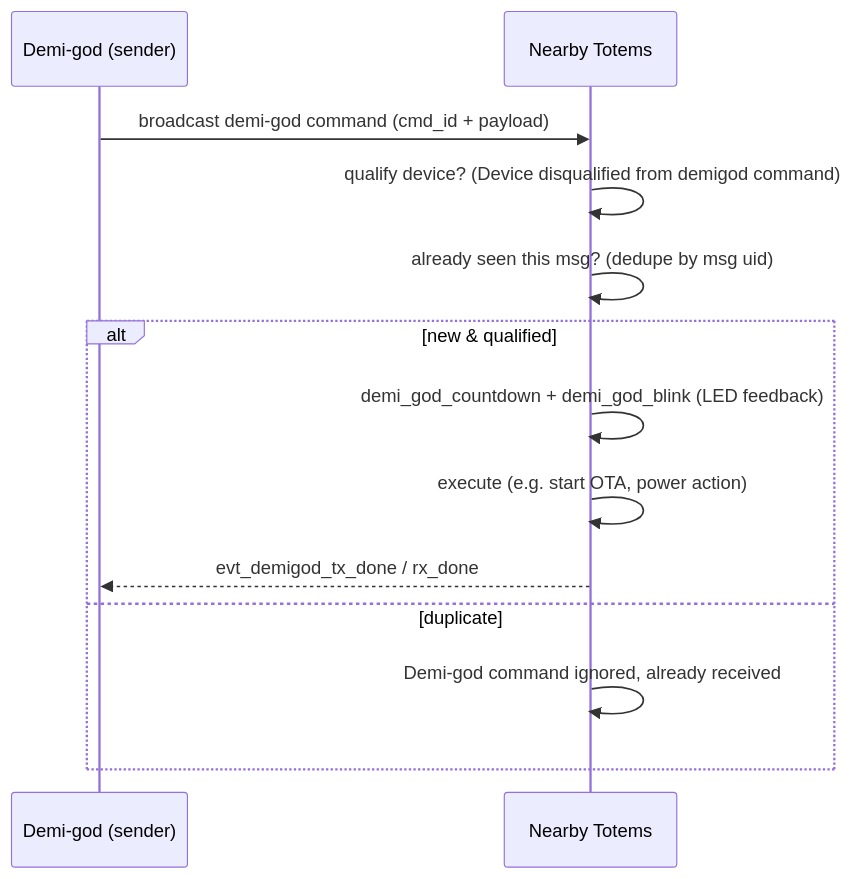
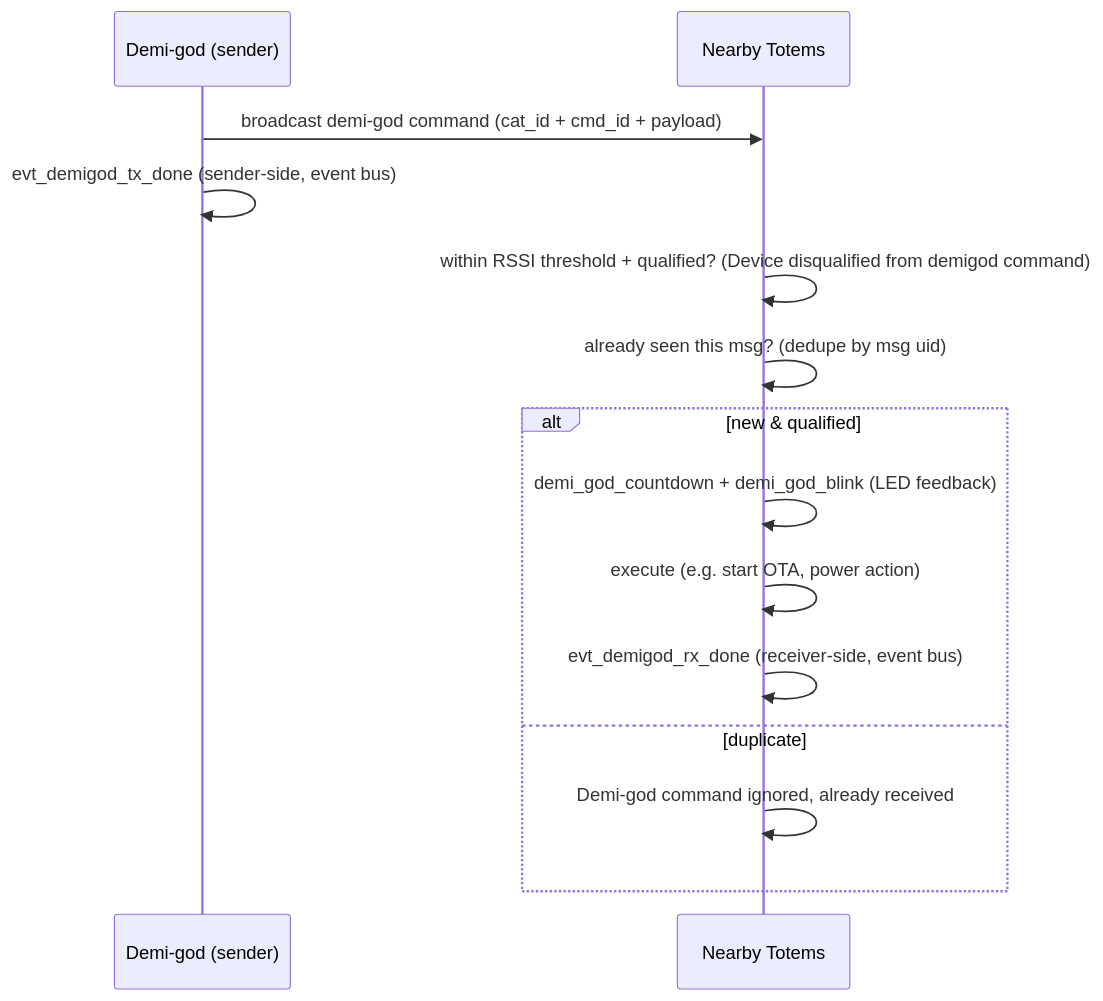
The diagram in docs/protocols/demigod.mdx (ljagiello/totem), drawn with Mermaid before and after one commit. The commit also changed other lines of this file and 18 other files, not shown here.

````diff
--- a/docs/protocols/demigod.mdx
+++ b/docs/protocols/demigod.mdx
@@ -26,15 +33,16 @@
 ```mermaid
 sequenceDiagram
   participant D as Demi-god (sender)
   participant T as Nearby Totems
-  D->>T: broadcast demi-god command (cmd_id + payload)
-  T->>T: qualify device? (Device disqualified from demigod command)
+  D->>T: broadcast demi-god command (cat_id + cmd_id + payload)
+  D->>D: evt_demigod_tx_done (sender-side, event bus)
+  T->>T: within RSSI threshold + qualified? (Device disqualified from demigod command)
   T->>T: already seen this msg? (dedupe by msg uid)
   alt new & qualified
     T->>T: demi_god_countdown + demi_god_blink (LED feedback)
     T->>T: execute (e.g. start OTA, power action)
-    T-->>D: evt_demigod_tx_done / rx_done
+    T->>T: evt_demigod_rx_done (receiver-side, event bus)
   else duplicate
     T->>T: Demi-god command ignored, already received
   end
 ```
````
